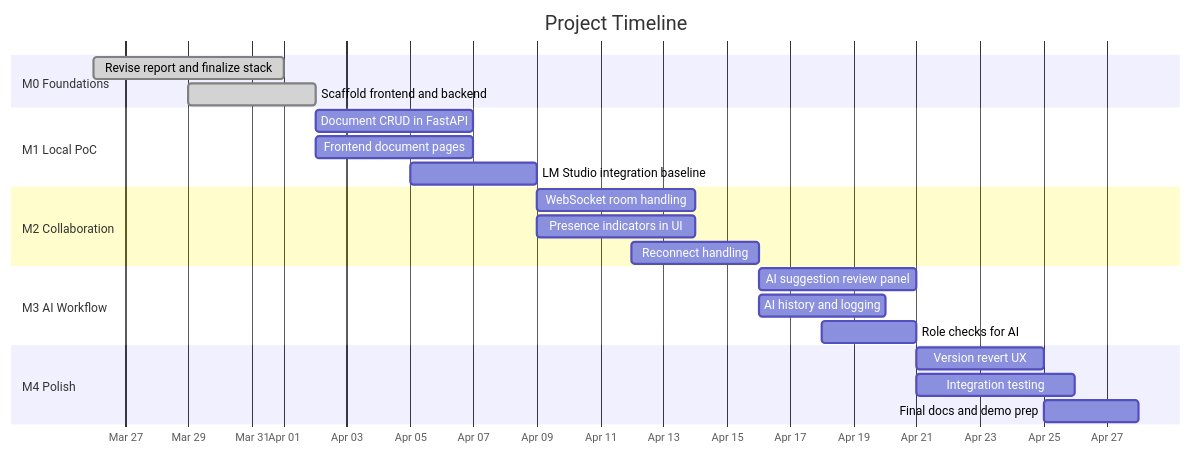
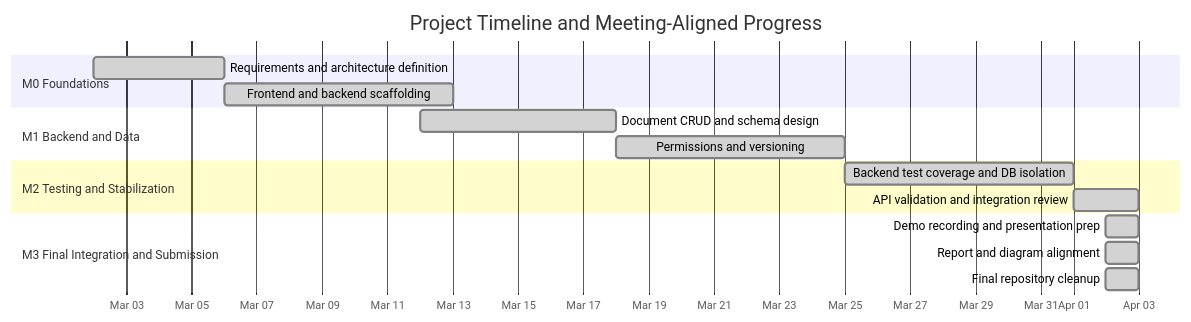
One commit to Yelar/AI1220B-task-1 changed the fifth of 5 diagrams in report.md. Above: the diagram before and after it, drawn with Mermaid. The commit also changed other lines of this file and 1 other file, not shown here.

Commit message:
final report

````diff
--- a/report.md
+++ b/report.md
@@ -830,30 +849,23 @@
 ```mermaid
 gantt
-    title Project Timeline
+    title Project Timeline and Meeting-Aligned Progress
     dateFormat YYYY-MM-DD
     axisFormat %b %d
 
     section M0 Foundations
-    Revise report and finalize stack          :done, m0a, 2026-03-26, 6d
-    Scaffold frontend and backend             :done, m0b, 2026-03-29, 4d
+    Requirements and architecture definition  :done, m0a, 2026-03-02, 4d
+    Frontend and backend scaffolding          :done, m0b, 2026-03-06, 7d
 
-    section M1 Local PoC
-    Document CRUD in FastAPI                  :m1a, 2026-04-02, 5d
-    Frontend document pages                   :m1b, 2026-04-02, 5d
-    LM Studio integration baseline            :m1c, 2026-04-05, 4d
+    section M1 Backend and Data
+    Document CRUD and schema design           :done, m1a, 2026-03-12, 6d
+    Permissions and versioning                :done, m1b, 2026-03-18, 7d
 
-    section M2 Collaboration
-    WebSocket room handling                   :m2a, 2026-04-09, 5d
-    Presence indicators in UI                 :m2b, 2026-04-09, 5d
-    Reconnect handling                        :m2c, 2026-04-12, 4d
+    section M2 Testing and Stabilization
+    Backend test coverage and DB isolation    :done, m2a, 2026-03-25, 7d
+    API validation and integration review     :done, m2b, 2026-04-01, 2d
 
-    section M3 AI Workflow
-    AI suggestion review panel                :m3a, 2026-04-16, 5d
-    AI history and logging                    :m3b, 2026-04-16, 4d
-    Role checks for AI                        :m3c, 2026-04-18, 3d
-
-    section M4 Polish
-    Version revert UX                         :m4a, 2026-04-21, 4d
-    Integration testing                       :m4b, 2026-04-21, 5d
-    Final docs and demo prep                  :m4c, 2026-04-25, 3d
+    section M3 Final Integration and Submission
+    Demo recording and presentation prep      :done, m3a, 2026-04-02, 1d
+    Report and diagram alignment              :done, m3b, 2026-04-02, 1d
+    Final repository cleanup                  :done, m3c, 2026-04-02, 1d
 ```
````
